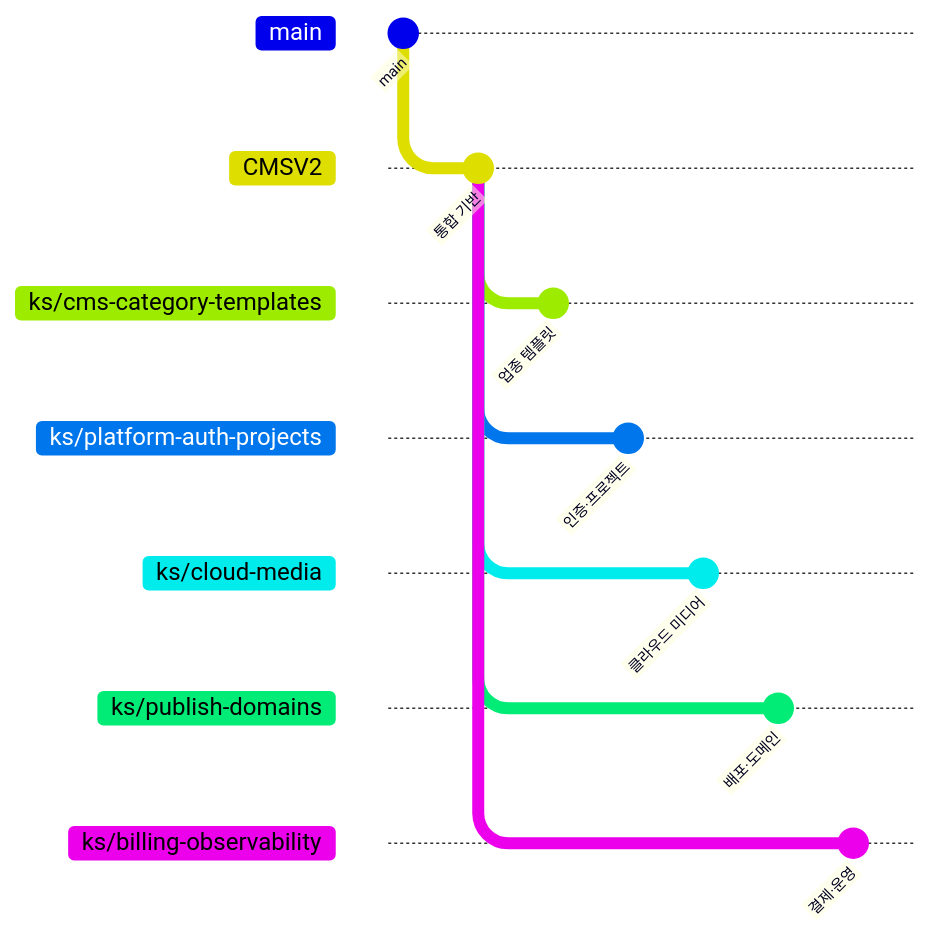
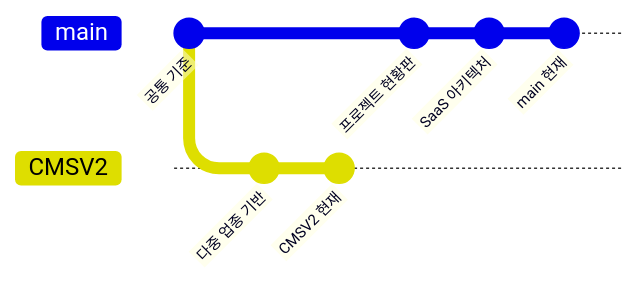
The first of 3 diagrams in README.md (kyungsikjeung/cello), drawn with Mermaid before and after one commit. The commit also changed other lines of this file and 1 other file, not shown here.

Commit message:
Reframe README around the website builder platform

````diff
--- a/README.md
+++ b/README.md
@@ -17,22 +78,12 @@
 ```mermaid
 gitGraph
-    commit id: "main"
+    commit id: "공통 기준"
     branch CMSV2
     checkout CMSV2
-    commit id: "통합 기반"
-    branch "ks/cms-category-templates"
-    commit id: "업종 템플릿"
-    checkout CMSV2
-    branch "ks/platform-auth-projects"
-    commit id: "인증·프로젝트"
-    checkout CMSV2
-    branch "ks/cloud-media"
-    commit id: "클라우드 미디어"
-    checkout CMSV2
-    branch "ks/publish-domains"
-    commit id: "배포·도메인"
-    checkout CMSV2
-    branch "ks/billing-observability"
-    commit id: "결제·운영"
-    checkout CMSV2
+    commit id: "다중 업종 기반"
+    commit id: "CMSV2 현재"
+    checkout main
+    commit id: "프로젝트 현황판"
+    commit id: "SaaS 아키텍처"
+    commit id: "main 현재"
 ```
````
